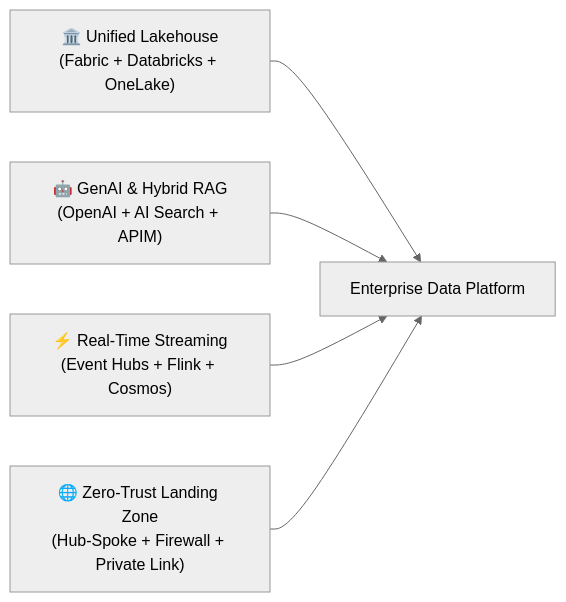
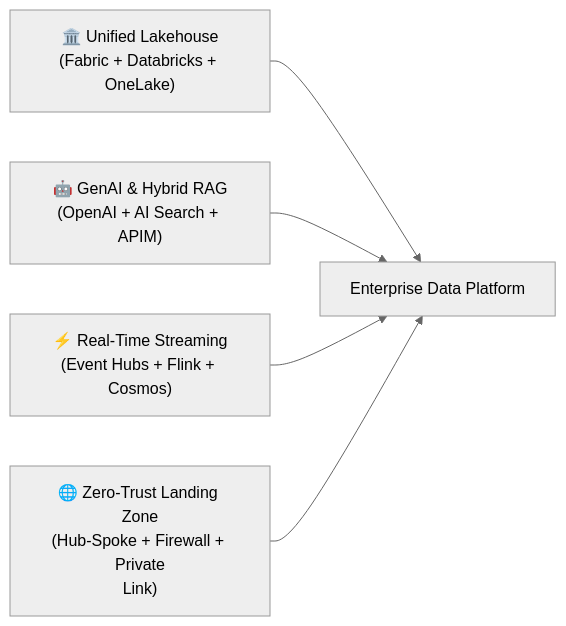
One commit to santoshjammi29/azure-cheat-sheet changed the first of 3 diagrams in README.md. Above: the diagram before and after it, drawn with Mermaid (neutral theme). The commit also changed other lines of this file and 15 other files, not shown here.

Commit message:
fix(diagrams): word-wrap labels and escape comparison operators across all diagrams

````diff
--- a/README.md
+++ b/README.md
@@ -100,7 +100,7 @@
 ```mermaid
 flowchart LR
     A["🏛️ Unified Lakehouse<br/>(Fabric + Databricks + OneLake)"] --> M["Enterprise Data Platform"]
     B["🤖 GenAI & Hybrid RAG<br/>(OpenAI + AI Search + APIM)"] --> M
     C["⚡ Real-Time Streaming<br/>(Event Hubs + Flink + Cosmos)"] --> M
-    D["🌐 Zero-Trust Landing Zone<br/>(Hub-Spoke + Firewall + Private Link)"] --> M
+    D["🌐 Zero-Trust Landing Zone<br/>(Hub-Spoke + Firewall + Private<br/>Link)"] --> M
 ```
````
